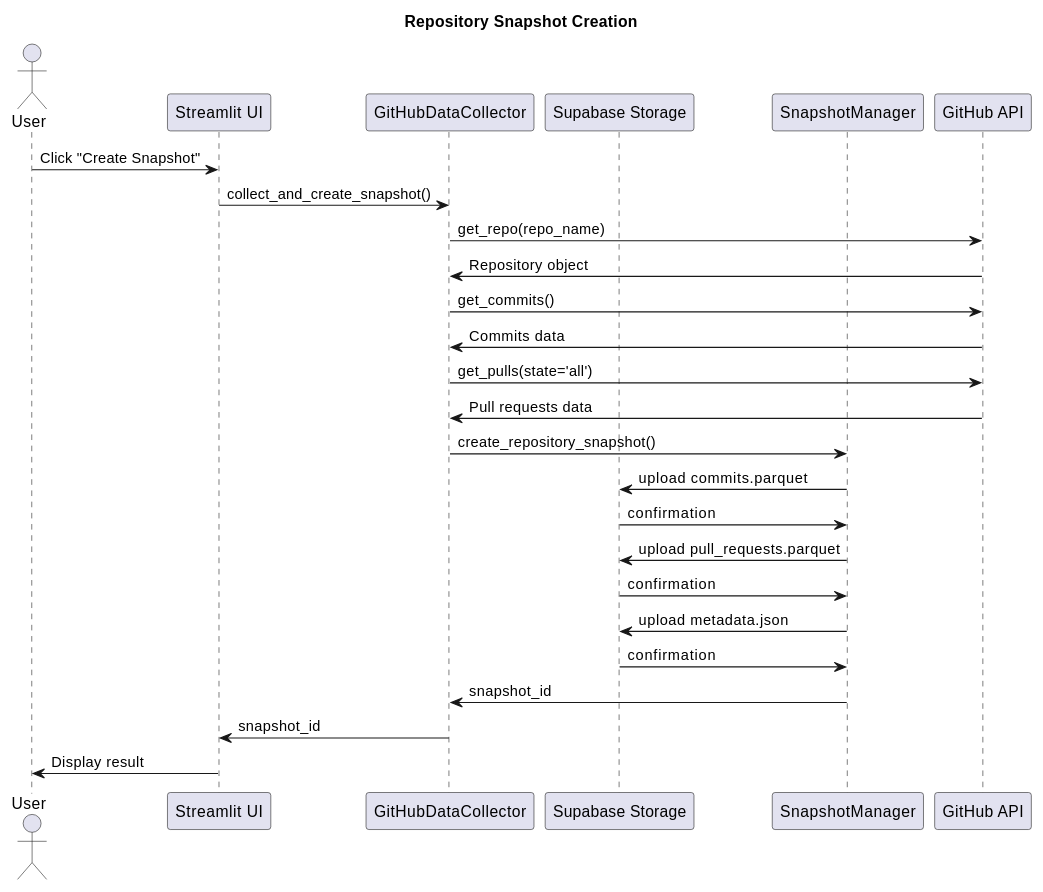
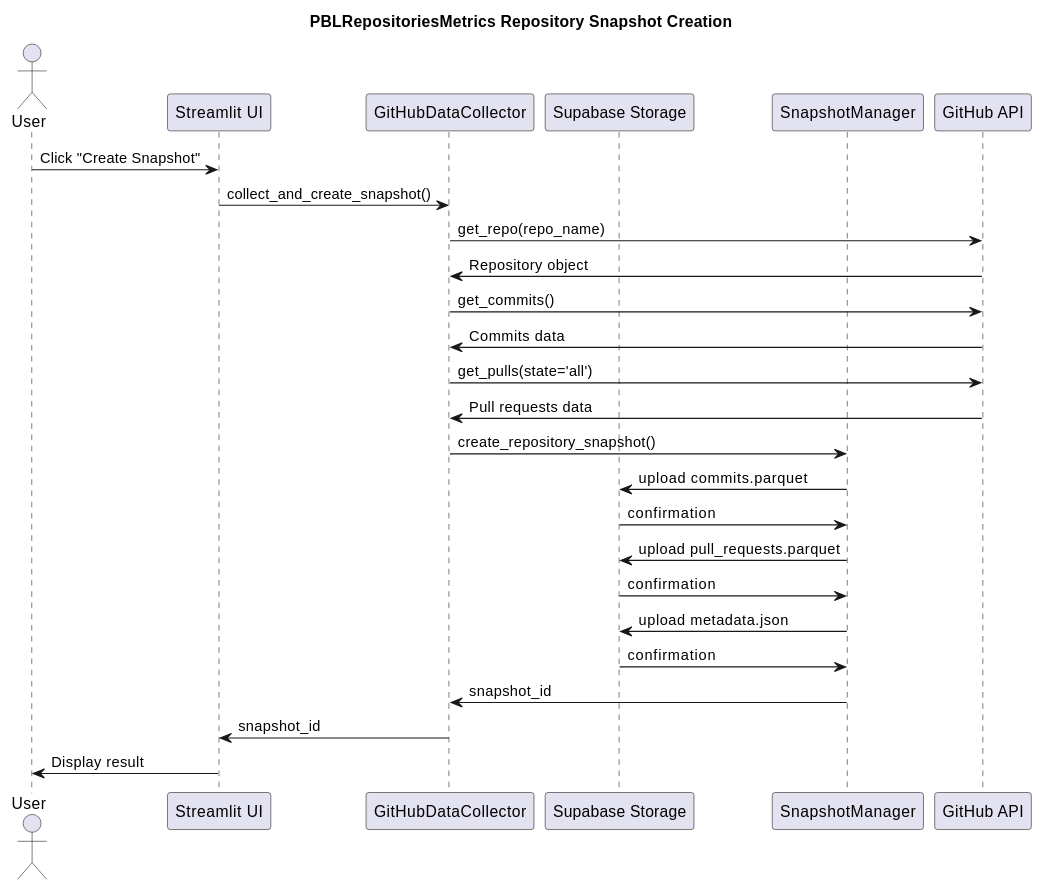
One commit to afonsolelis/pesquisa_modelo_gd_apb changed the second of 3 diagrams in artigos/softwarex/sistema/PROJECT_DOCUMENTATION.md. Above: the diagram before and after it, drawn with PlantUML. The commit also changed other lines of this file and 6 other files, not shown here.

Commit message:
feat(diagrams): update UML diagrams to use PBLRepositoriesMetrics name instead of Afonsystem

````diff
--- a/artigos/softwarex/sistema/PROJECT_DOCUMENTATION.md
+++ b/artigos/softwarex/sistema/PROJECT_DOCUMENTATION.md
@@ -252,31 +252,31 @@
 ```plantuml
 @startuml
-title Repository Snapshot Creation
+title PBLRepositoriesMetrics Repository Snapshot Creation
 
 actor User
 participant "Streamlit UI" as UI
 participant "GitHubDataCollector" as Collector
 participant "Supabase Storage" as Storage
 participant "SnapshotManager" as SM
 participant "GitHub API" as GitHub
 
 User -> UI: Click "Create Snapshot"
 UI -> Collector: collect_and_create_snapshot()
 Collector -> GitHub: get_repo(repo_name)
 GitHub -> Collector: Repository object
 Collector -> GitHub: get_commits()
 GitHub -> Collector: Commits data
 Collector -> GitHub: get_pulls(state='all')
 GitHub -> Collector: Pull requests data
 Collector -> SM: create_repository_snapshot()
 SM -> Storage: upload commits.parquet
 Storage -> SM: confirmation
 SM -> Storage: upload pull_requests.parquet
 Storage -> SM: confirmation
 SM -> Storage: upload metadata.json
 Storage -> SM: confirmation
 SM -> Collector: snapshot_id
 Collector -> UI: snapshot_id
 UI -> User: Display result
 @enduml
 ```
````
